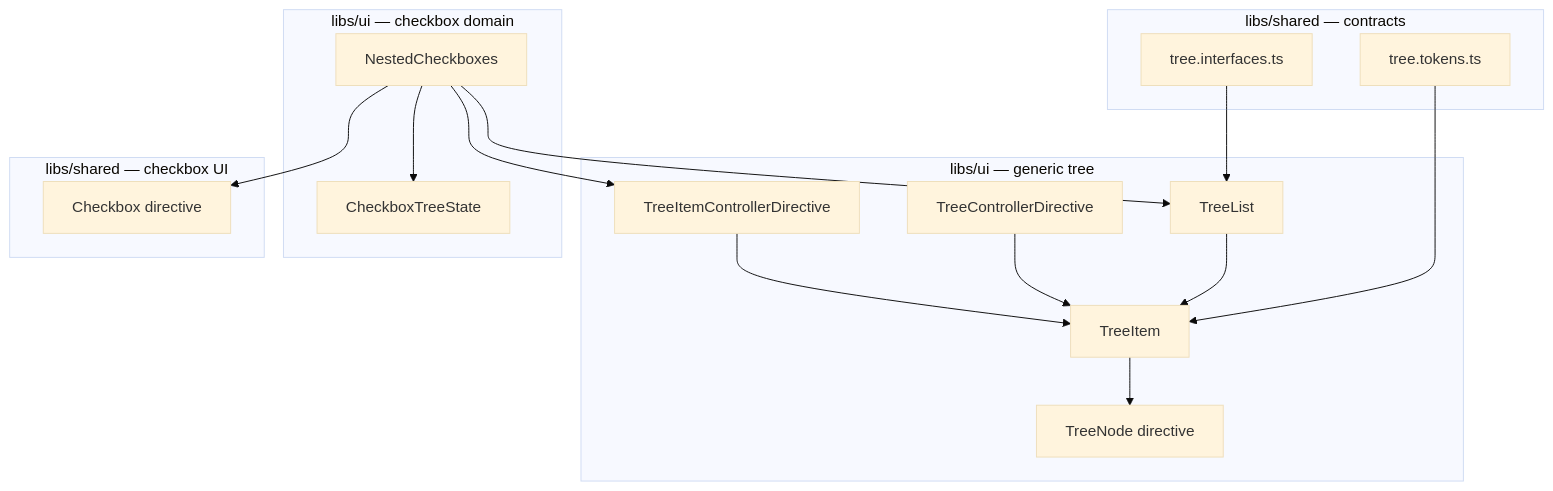
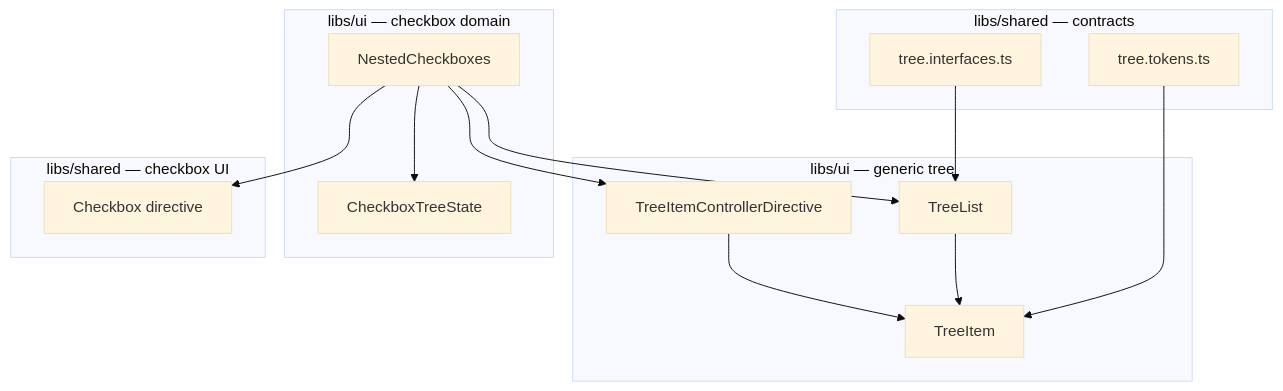
Before and after one commit to aleksergie/ui-kit: the diagram in docs/adr/0001-generic-tree-architecture.md, drawn with Mermaid (base theme). The commit also changed other lines of this file and 9 other files, not shown here.

````diff
--- a/docs/adr/0001-generic-tree-architecture.md
+++ b/docs/adr/0001-generic-tree-architecture.md
@@ -50,35 +50,31 @@
 ```mermaid
 flowchart TB
     subgraph shared ["libs/shared — contracts"]
         TI[tree.interfaces.ts]
         TT[tree.tokens.ts]
     end
 
     subgraph ui_tree ["libs/ui — generic tree"]
         TL[TreeList]
         TItem[TreeItem]
-        TN[TreeNode directive]
-        TC[TreeControllerDirective]
         TIC[TreeItemControllerDirective]
     end
 
     subgraph ui_checkbox ["libs/ui — checkbox domain"]
         NC[NestedCheckboxes]
         CTS[CheckboxTreeState]
     end
 
     subgraph shared_ui ["libs/shared — checkbox UI"]
         CB[Checkbox directive]
     end
 
     TI --> TL
     TT --> TItem
     TL --> TItem
-    TItem --> TN
-    TC --> TItem
     TIC --> TItem
     NC --> TL
     NC --> TIC
     NC --> CTS
     NC --> CB
 ```
````
